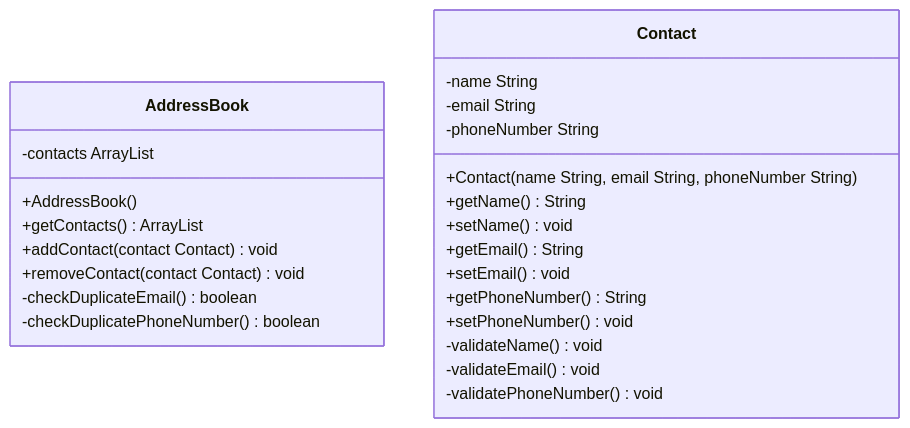
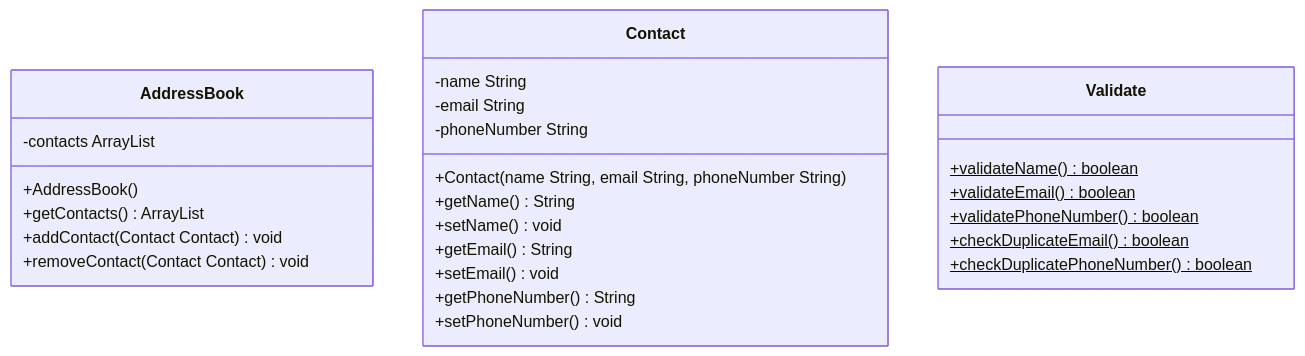
The diagram in docs/domain-models-test-plan.md (iamnickko/java-addressBook), drawn with Mermaid before and after one commit.

Commit message:
NEW: added to Class diagrams.

````diff
--- a/docs/domain-models-test-plan.md
+++ b/docs/domain-models-test-plan.md
@@ -3,27 +3,29 @@
 ```mermaid
 classDiagram
     class AddressBook {
         -contacts ArrayList<Contact>
         +AddressBook()
         +getContacts() ArrayList<Contact>
-        +addContact(contact Contact) void
-        +removeContact(contact Contact) void
-        -checkDuplicateEmail() boolean
-        -checkDuplicatePhoneNumber() boolean
+        +addContact(Contact Contact) void
+        +removeContact(Contact Contact) void
     }
     class Contact {
         -name String
         -email String
         -phoneNumber String
         +Contact(name String, email String, phoneNumber String)
         +getName() String
         +setName() void
         +getEmail() String
         +setEmail() void
         +getPhoneNumber() String
         +setPhoneNumber() void
-        -validateName() void
-        -validateEmail() void
-        -validatePhoneNumber() void
+    }
+    class Validate {
+        +validateName()$ boolean
+        +validateEmail()$ boolean
+        +validatePhoneNumber()$ boolean
+        +checkDuplicateEmail()$ boolean
+        +checkDuplicatePhoneNumber()$ boolean
     }
 ```
````
